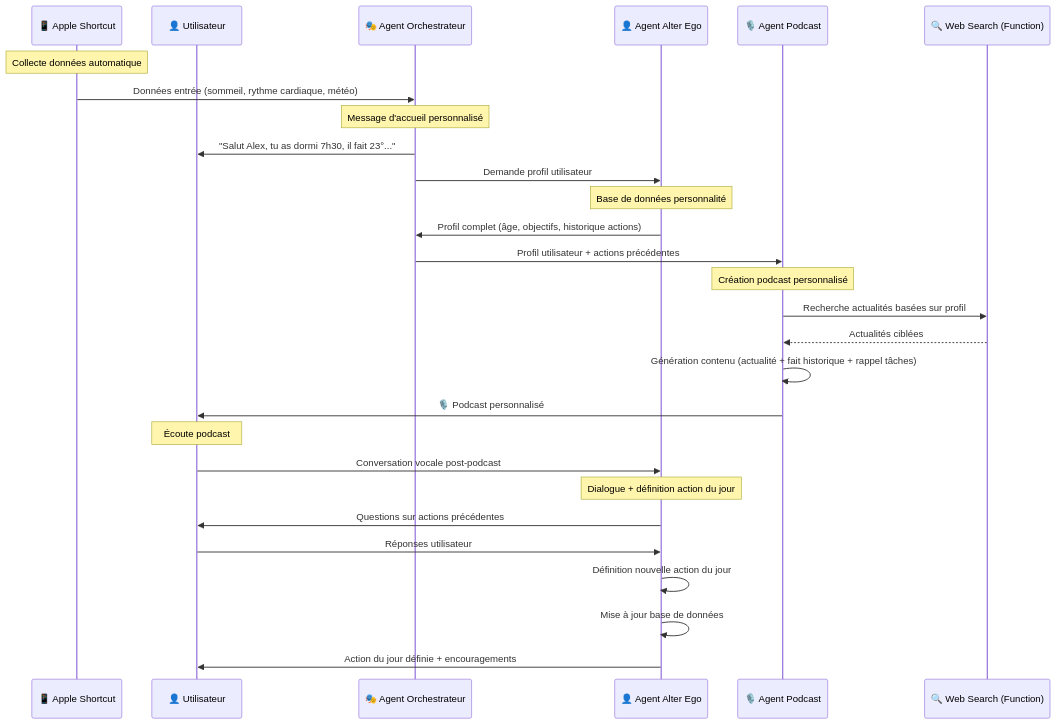
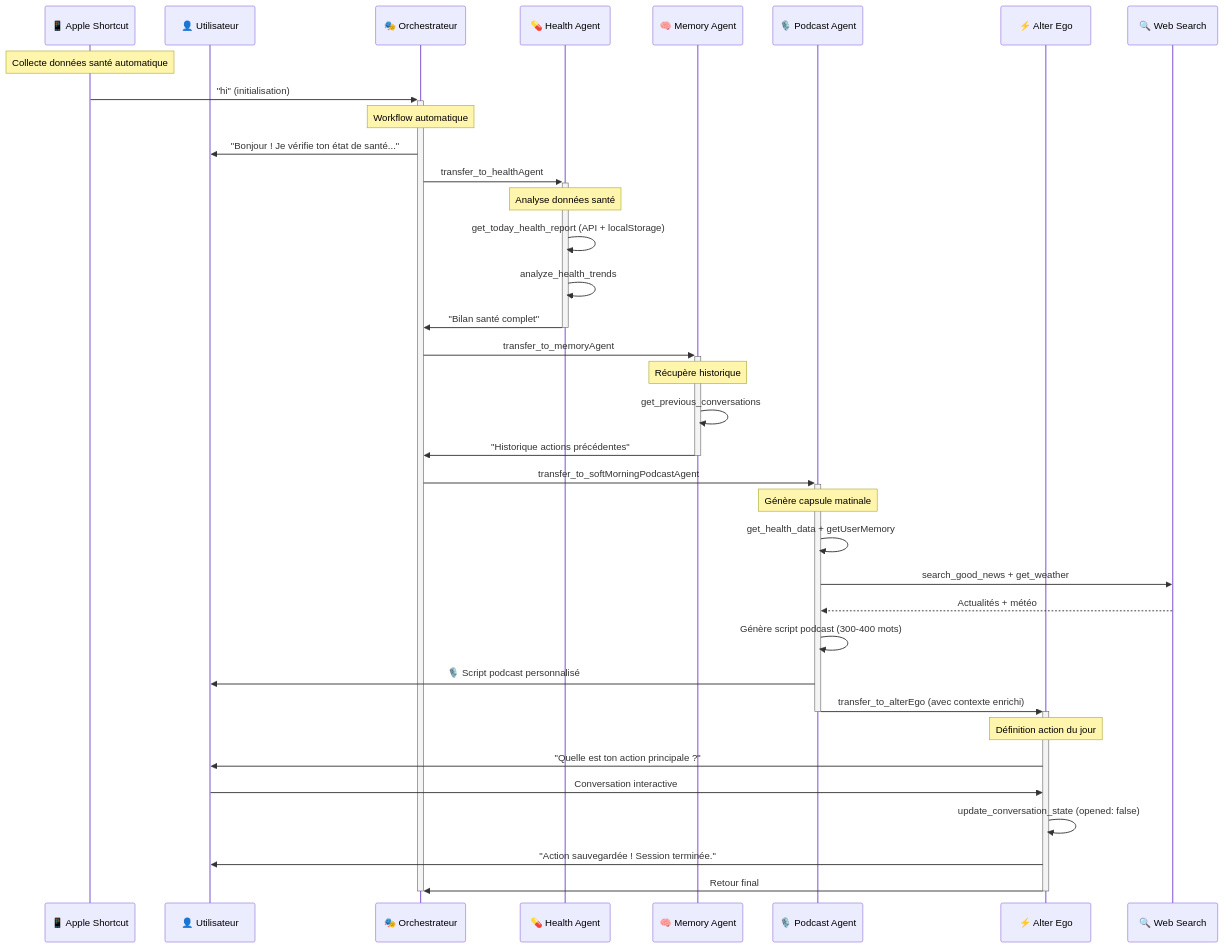
Before and after one commit to ai-driven-dev/viva-le-hack: the diagram in docs/interactions.mermaid, drawn with Mermaid. The commit also changed 8 other files, not shown here.

```diff
--- a/docs/interactions.mermaid
+++ b/docs/interactions.mermaid
@@ -1,35 +1,44 @@
 sequenceDiagram
     participant AS as 📱 Apple Shortcut
-    participant U as 👤 Utilisateur
-    participant O as 🎭 Agent Orchestrateur
-    participant A as 👤 Agent Alter Ego
-    participant P as 🎙️ Agent Podcast
-    participant WS as 🔍 Web Search (Function)
+    participant U as 👤 Utilisateur  
+    participant O as 🎭 Orchestrateur
+    participant H as 💊 Health Agent
+    participant M as 🧠 Memory Agent
+    participant P as 🎙️ Podcast Agent
+    participant A as ⚡ Alter Ego
+    participant WS as 🔍 Web Search
 
-    Note over AS: Collecte données automatique
-    AS->>O: Données entrée (sommeil, rythme cardiaque, météo)
+    Note over AS: Collecte données santé automatique
+    AS->>+O: "hi" (initialisation)
     
-    Note over O: Message d'accueil personnalisé
-    O->>U: "Salut Alex, tu as dormi 7h30, il fait 23°..."
-    O->>A: Demande profil utilisateur
+    Note over O: Workflow automatique
+    O->>U: "Bonjour ! Je vérifie ton état de santé..."
+    O->>+H: transfer_to_healthAgent
     
-    Note over A: Base de données personnalité
-    A->>O: Profil complet (âge, objectifs, historique actions)
+    Note over H: Analyse données santé
+    H->>H: get_today_health_report (API + localStorage)
+    H->>H: analyze_health_trends
+    H->>-O: "Bilan santé complet"
     
-    O->>P: Profil utilisateur + actions précédentes
+    O->>+M: transfer_to_memoryAgent  
+    Note over M: Récupère historique
+    M->>M: get_previous_conversations
+    M->>-O: "Historique actions précédentes"
     
-    Note over P: Création podcast personnalisé
-    P->>WS: Recherche actualités basées sur profil
-    WS-->>P: Actualités ciblées
-    P->>P: Génération contenu (actualité + fait historique + rappel tâches)
-    P->>U: 🎙️ Podcast personnalisé
+    O->>+P: transfer_to_softMorningPodcastAgent
+    Note over P: Génère capsule matinale
+    P->>P: get_health_data + getUserMemory
+    P->>WS: search_good_news + get_weather
+    WS-->>P: Actualités + météo
+    P->>P: Génère script podcast (300-400 mots)
+    P->>U: 🎙️ Script podcast personnalisé
+    P->>+A: transfer_to_alterEgo (avec contexte enrichi)
+    deactivate P
     
-    Note over U: Écoute podcast
-    U->>A: Conversation vocale post-podcast
-    
-    Note over A: Dialogue + définition action du jour
-    A->>U: Questions sur actions précédentes
-    U->>A: Réponses utilisateur
-    A->>A: Définition nouvelle action du jour
-    A->>A: Mise à jour base de données
-    A->>U: Action du jour définie + encouragements
+    Note over A: Définition action du jour
+    A->>U: "Quelle est ton action principale ?"
+    U->>A: Conversation interactive
+    A->>A: update_conversation_state (opened: false)
+    A->>U: "Action sauvegardée ! Session terminée."
+    A->>-O: Retour final
+    deactivate O
```
